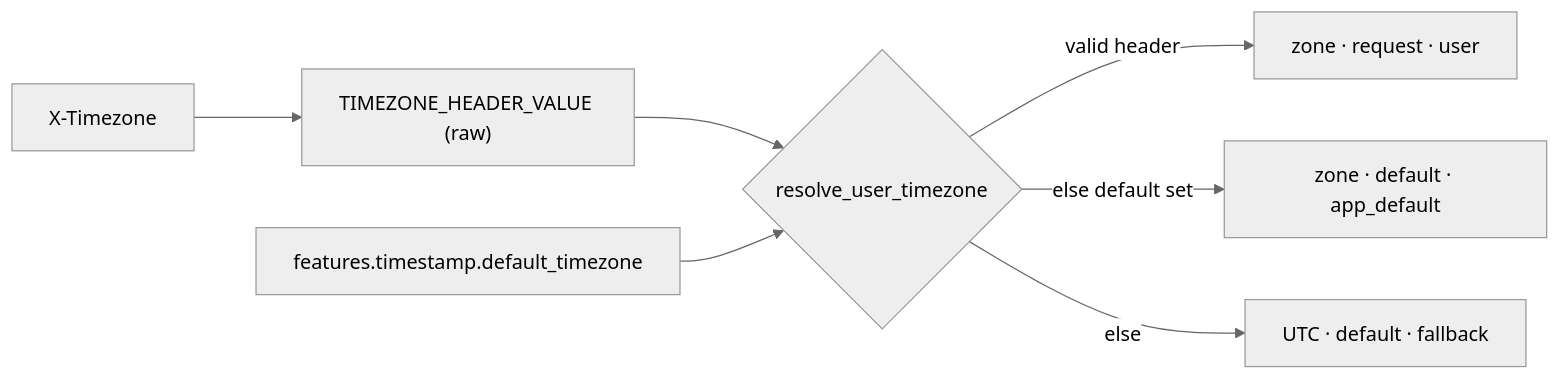
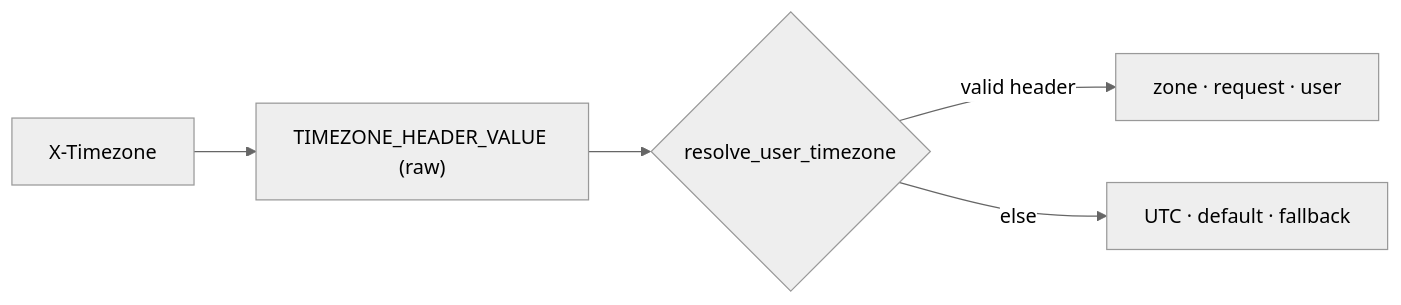
The diagram in docs/designs/user_timezone.md (epam/ai-dial-quickapps-backend), drawn with Mermaid (neutral theme) before and after one commit. The commit also changed other lines of this file and 13 other files, not shown here.

First line of the commit message:
refactor: drop default_timezone and address code review (#649)

````diff
--- a/docs/designs/user_timezone.md
+++ b/docs/designs/user_timezone.md
@@ -52,9 +52,7 @@
 ```mermaid
 flowchart LR
     H["X-Timezone"] --> C["TIMEZONE_HEADER_VALUE (raw)"]
     C --> R{"resolve_user_timezone"}
-    A["features.timestamp.default_timezone"] --> R
     R -->|"valid header"| P1["zone · request · user"]
-    R -->|"else default set"| P2["zone · default · app_default"]
     R -->|"else"| P3["UTC · default · fallback"]
 ```
````
